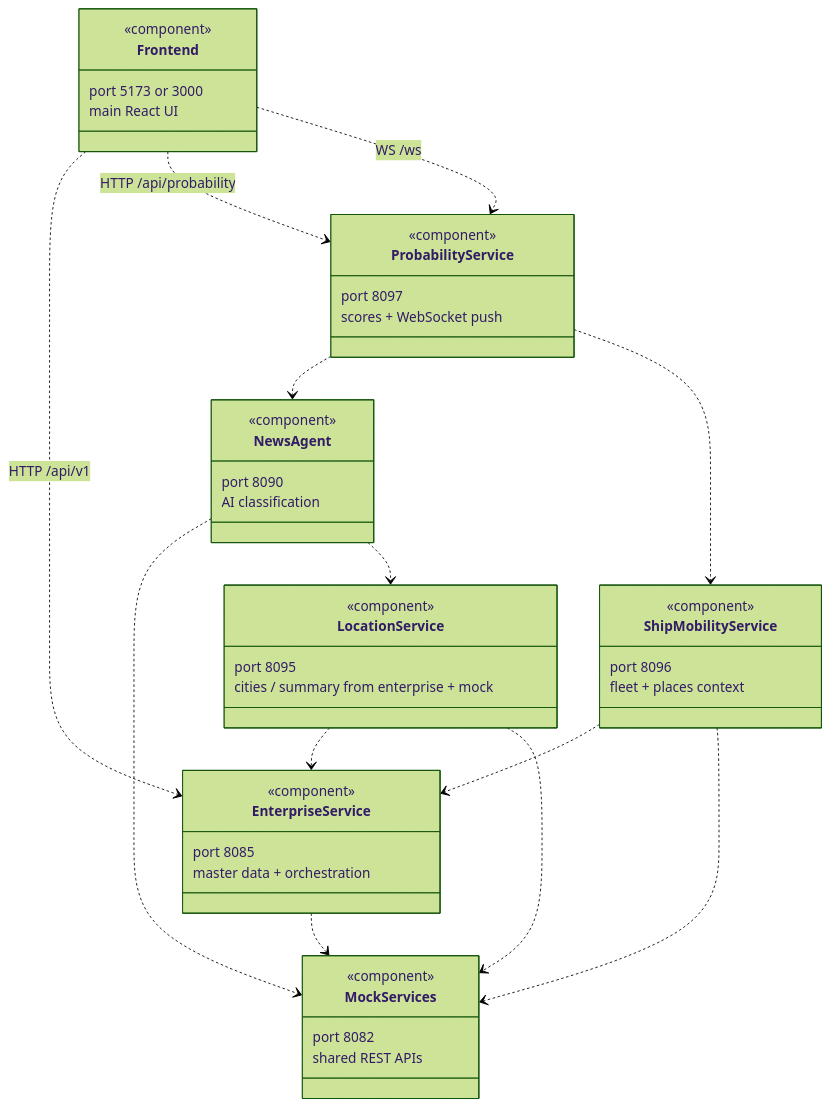
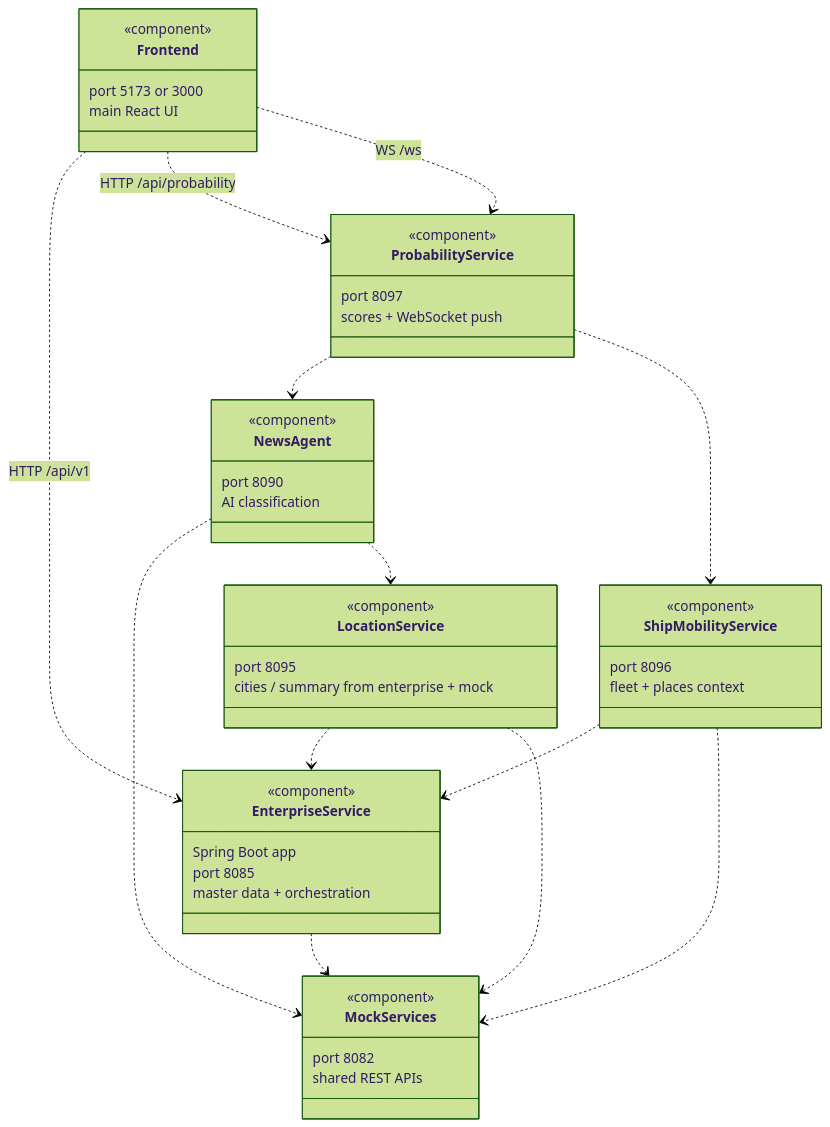
One commit to balajimurugesan2016/CursorHackathon changed the second of 3 diagrams in agents/readme.md. Above: the diagram before and after it, drawn with Mermaid (forest theme). The commit also changed other lines of this file, not shown here.

First line of the commit message:
docs(agents): clarify enterpriseservice as Spring Boot, trim mock readme

````diff
--- a/agents/readme.md
+++ b/agents/readme.md
@@ -51,61 +51,62 @@
 ```mermaid
 classDiagram
   direction TB
 
   class MockServices {
     <<component>>
     port 8082
     shared REST APIs
   }
 
   class EnterpriseService {
     <<component>>
+    Spring Boot app
     port 8085
     master data + orchestration
   }
 
   class NewsAgent {
     <<component>>
     port 8090
     AI classification
   }
   class LocationService {
     <<component>>
     port 8095
     cities / summary from enterprise + mock
   }
   class ShipMobilityService {
     <<component>>
     port 8096
     fleet + places context
   }
   class ProbabilityService {
     <<component>>
     port 8097
     scores + WebSocket push
   }
 
   class Frontend {
     <<component>>
     port 5173 or 3000
     main React UI
   }
 
   Frontend ..> EnterpriseService : HTTP /api/v1
   Frontend ..> ProbabilityService : HTTP /api/probability
   Frontend ..> ProbabilityService : WS /ws
 
   ProbabilityService ..> NewsAgent
   ProbabilityService ..> ShipMobilityService
 
   NewsAgent ..> MockServices
   NewsAgent ..> LocationService
 
   LocationService ..> EnterpriseService
   LocationService ..> MockServices
 
   ShipMobilityService ..> EnterpriseService
   ShipMobilityService ..> MockServices
 
   EnterpriseService ..> MockServices
 ```
````
